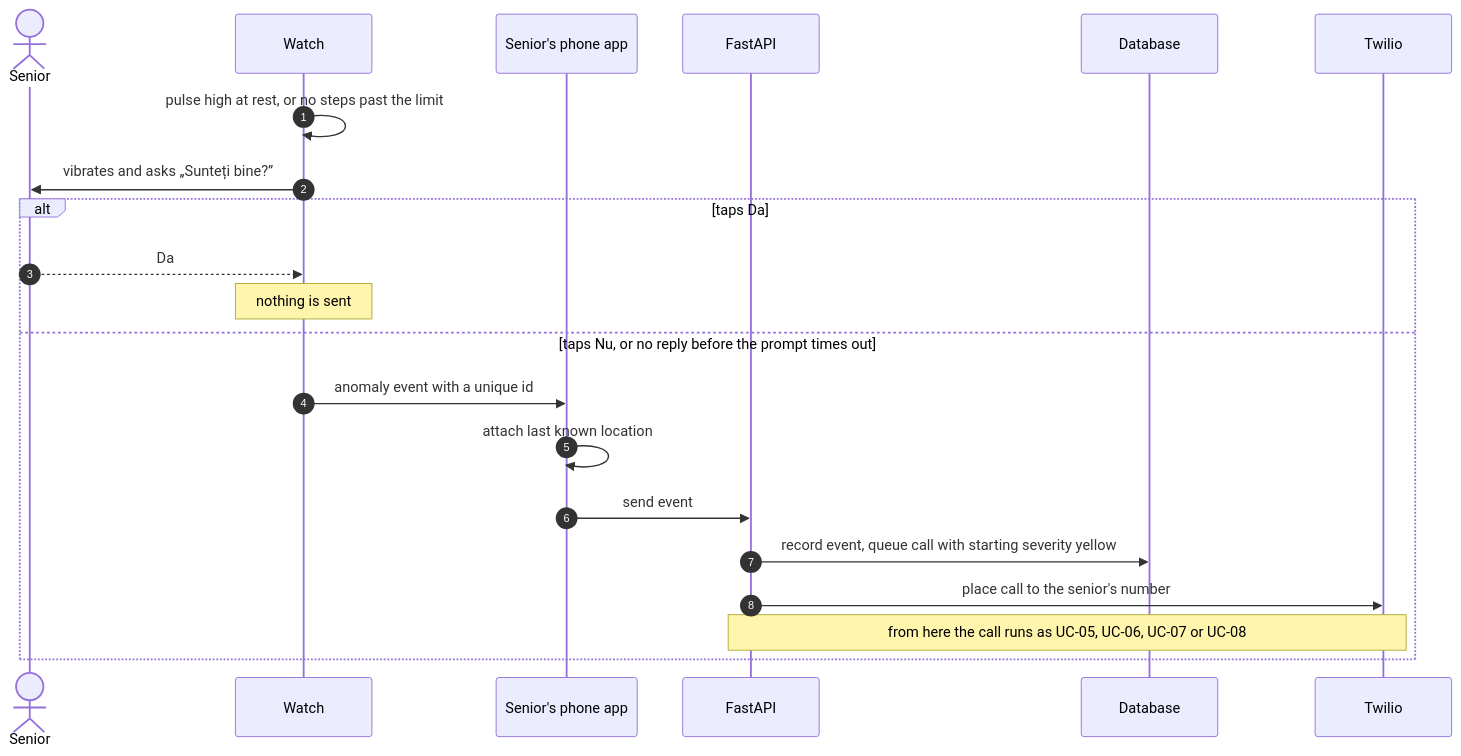
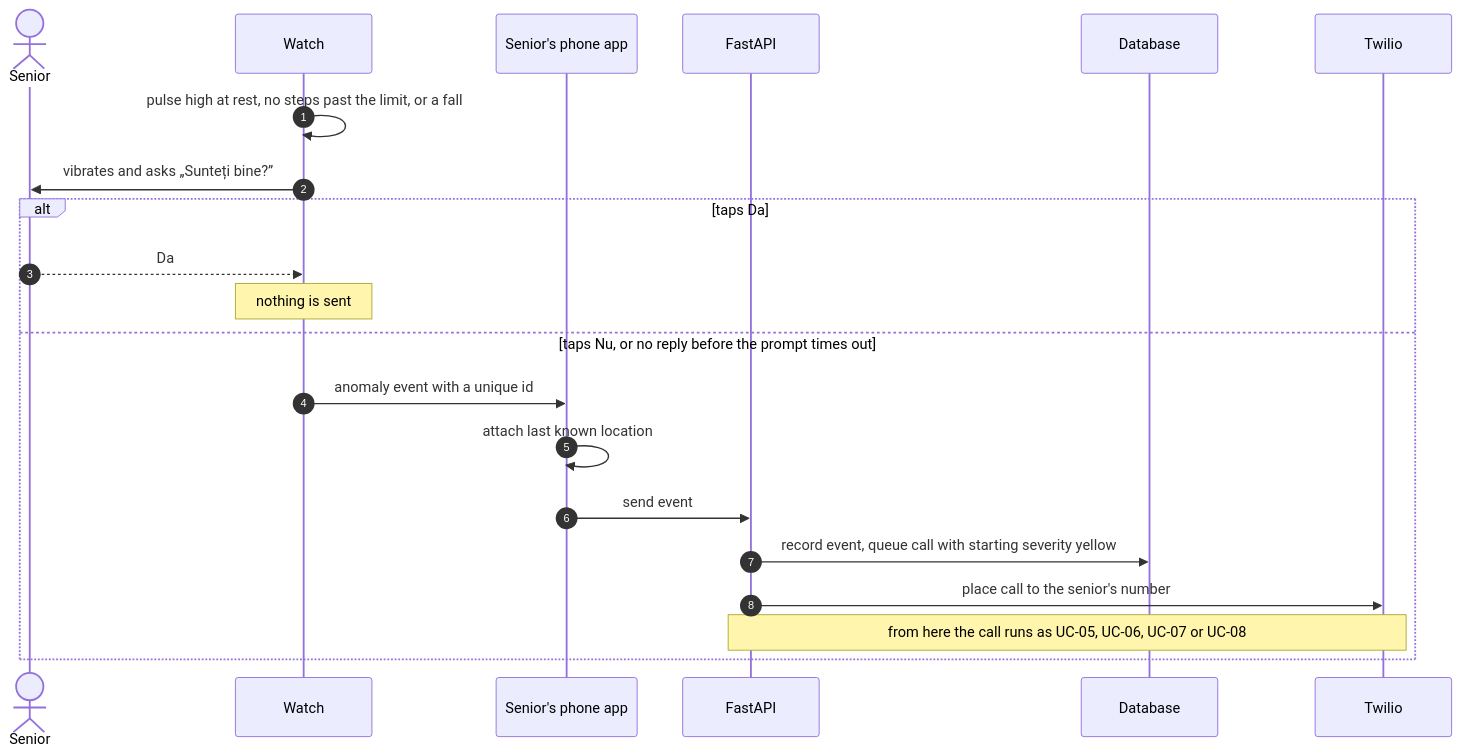
One commit to paulhondola/EchoCare changed the sixth of 8 diagrams in docs/specs/sentinela/02-use-cases.md. Above: the diagram before and after it, drawn with Mermaid. The commit also changed other lines of this file and 6 other files, not shown here.

````diff
--- a/docs/specs/sentinela/02-use-cases.md
+++ b/docs/specs/sentinela/02-use-cases.md
@@ -415,24 +446,24 @@
 ```mermaid
 sequenceDiagram
     autonumber
     actor S as Senior
     participant W as Watch
     participant PA as Senior's phone app
     participant F as FastAPI
     participant DB as Database
     participant T as Twilio
 
-    W->>W: pulse high at rest, or no steps past the limit
+    W->>W: pulse high at rest, no steps past the limit, or a fall
     W->>S: vibrates and asks „Sunteți bine?”
     alt taps Da
         S-->>W: Da
         Note over W: nothing is sent
     else taps Nu, or no reply before the prompt times out
         W->>PA: anomaly event with a unique id
         PA->>PA: attach last known location
         PA->>F: send event
         F->>DB: record event, queue call with starting severity yellow
         F->>T: place call to the senior's number
         Note over F,T: from here the call runs as UC-05, UC-06, UC-07 or UC-08
     end
 ```
````
